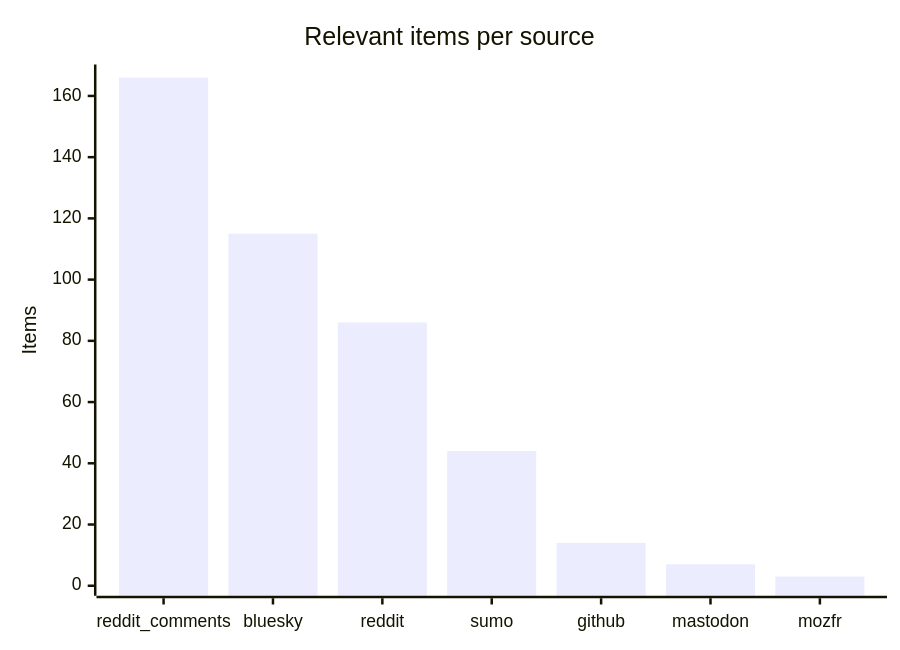
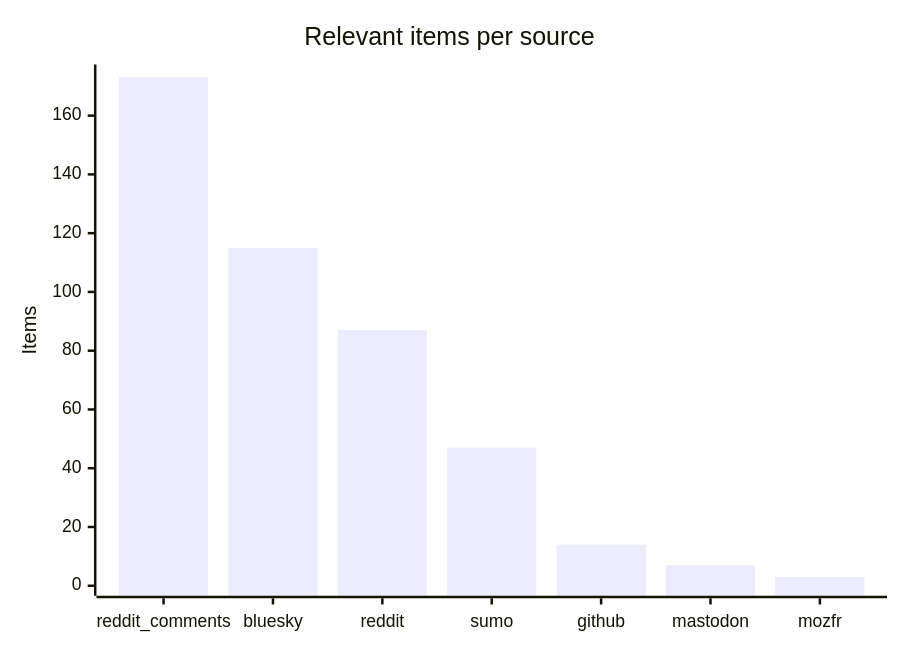
The third of 4 diagrams in README.md (martinbalfanz/social-scanner-reports), drawn with Mermaid before and after one commit. The commit also changed other lines of this file and 4 other files, not shown here.

````diff
--- a/README.md
+++ b/README.md
@@ -48,7 +48,7 @@
 ```mermaid
 xychart-beta
     title "Relevant items per source"
     x-axis ["reddit_comments", "bluesky", "reddit", "sumo", "github", "mastodon", "mozfr"]
-    y-axis "Items" 0 --> 167
-    bar [166, 115, 86, 44, 14, 7, 3]
+    y-axis "Items" 0 --> 174
+    bar [173, 115, 87, 47, 14, 7, 3]
 ```
````
